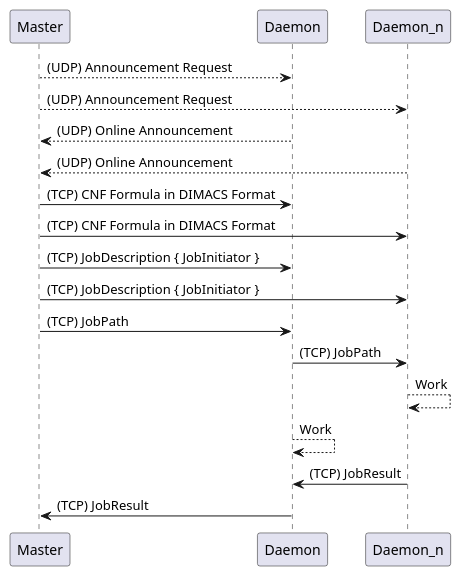
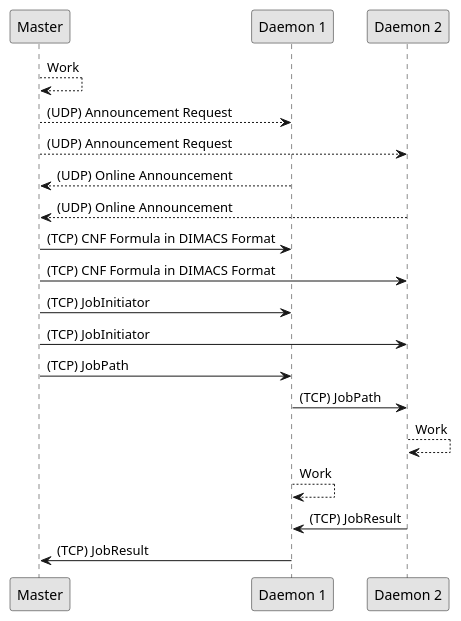
Before and after one commit to maximaximal/Paracooba: the diagram in doc/plantuml/sequences/master_daemon_communication.plantuml, drawn with PlantUML. The commit also changed 1 other file, not shown here.

Commit message:
Improve protocol sequence diagram.

```diff
--- a/doc/plantuml/sequences/master_daemon_communication.plantuml
+++ b/doc/plantuml/sequences/master_daemon_communication.plantuml
@@ -1,21 +1,23 @@
 @startuml
-Master --> Daemon: (UDP) Announcement Request
-Master --> Daemon_n: (UDP) Announcement Request
-Master <-- Daemon: (UDP) Online Announcement
-Master <-- Daemon_n: (UDP) Online Announcement
+skinparam monochrome true
+Master --> Master: Work
+Master --> "Daemon 1": (UDP) Announcement Request
+Master --> "Daemon 2": (UDP) Announcement Request
+Master <-- "Daemon 1": (UDP) Online Announcement
+Master <-- "Daemon 2": (UDP) Online Announcement
 
-Master -> Daemon: (TCP) CNF Formula in DIMACS Format
-Master -> Daemon_n: (TCP) CNF Formula in DIMACS Format
-Master -> Daemon: (TCP) JobDescription { JobInitiator }
-Master -> Daemon_n: (TCP) JobDescription { JobInitiator }
+Master -> "Daemon 1": (TCP) CNF Formula in DIMACS Format
+Master -> "Daemon 2": (TCP) CNF Formula in DIMACS Format
+Master -> "Daemon 1": (TCP) JobInitiator
+Master -> "Daemon 2": (TCP) JobInitiator
 
-Master -> Daemon: (TCP) JobPath
-Daemon -> Daemon_n: (TCP) JobPath
+Master -> "Daemon 1": (TCP) JobPath
+"Daemon 1" -> "Daemon 2": (TCP) JobPath
 
-Daemon_n --> Daemon_n: Work
+"Daemon 2" --> "Daemon 2": Work
 
-Daemon --> Daemon: Work
+"Daemon 1" --> "Daemon 1": Work
 
-Daemon_n -> Daemon: (TCP) JobResult
-Daemon -> Master: (TCP) JobResult
+"Daemon 2" -> "Daemon 1": (TCP) JobResult
+"Daemon 1" -> Master: (TCP) JobResult
 @enduml
```
